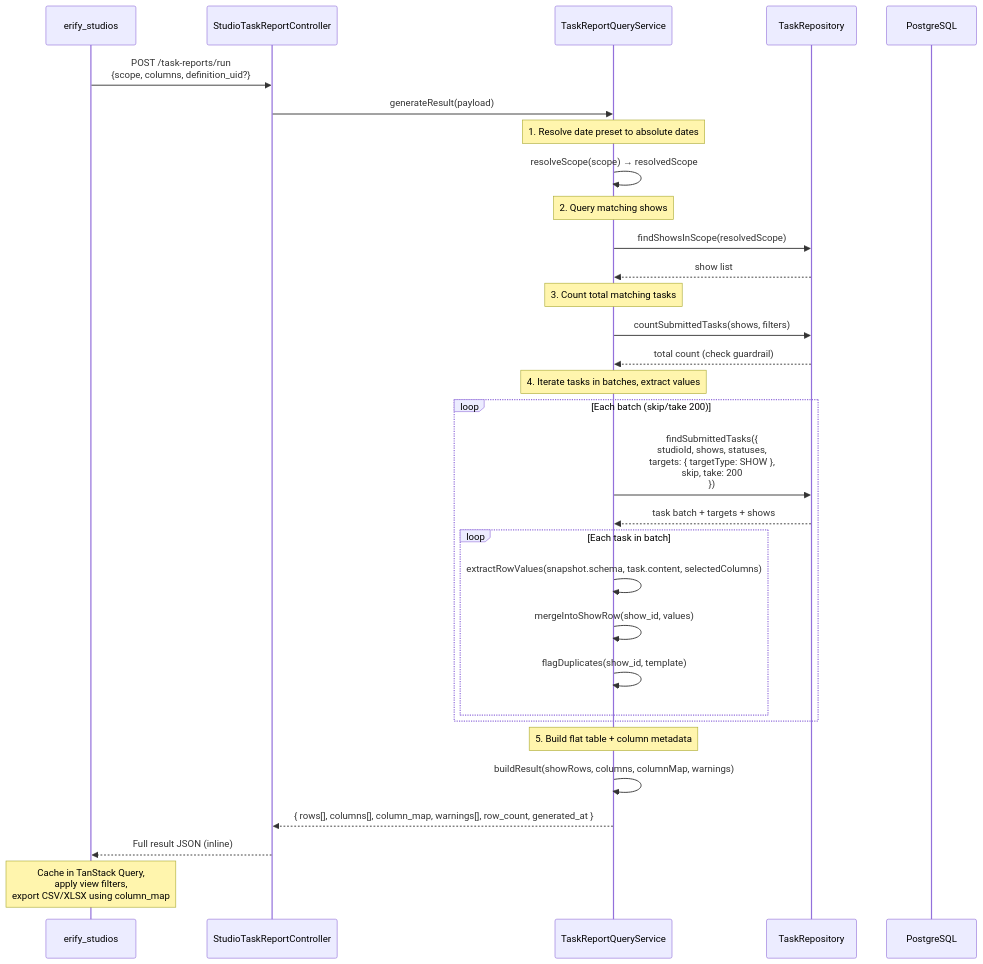
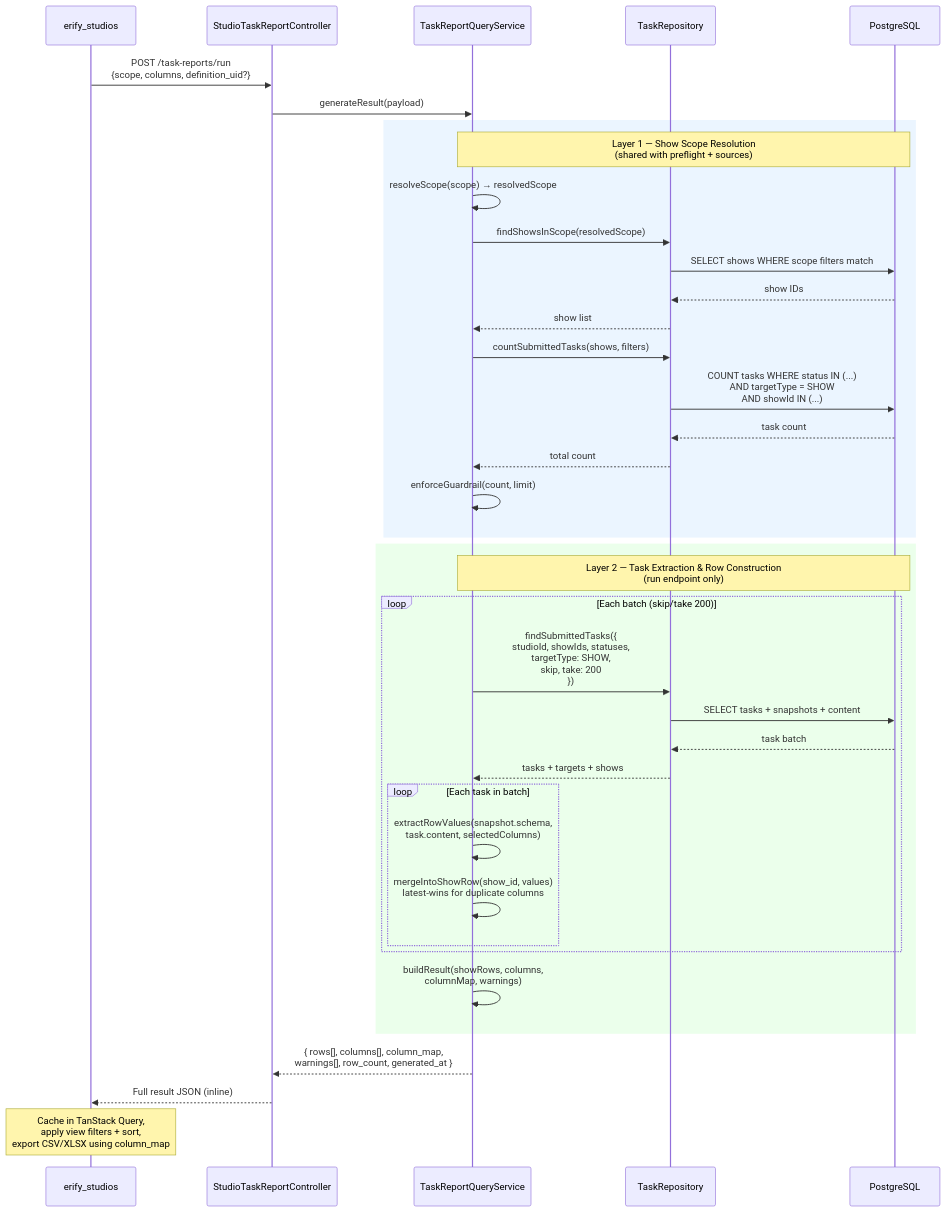
The third of 4 diagrams in apps/erify_api/docs/design/TASK_SUBMISSION_REPORTING_DESIGN.md (allenlin90/eridu-services), drawn with Mermaid before and after one commit. The commit also changed other lines of this file and 2 other files, not shown here.

First line of the commit message:
docs(task-submission-reporting): add shared metrics management and refine design

````diff
--- a/apps/erify_api/docs/design/TASK_SUBMISSION_REPORTING_DESIGN.md
+++ b/apps/erify_api/docs/design/TASK_SUBMISSION_REPORTING_DESIGN.md
@@ -561,41 +727,46 @@
 ```mermaid
 sequenceDiagram
     participant FE as erify_studios
     participant Ctrl as StudioTaskReportController
     participant QS as TaskReportQueryService
     participant Repo as TaskRepository
     participant DB as PostgreSQL
 
     FE->>Ctrl: POST /task-reports/run<br/>{scope, columns, definition_uid?}
     Ctrl->>QS: generateResult(payload)
 
-    Note over QS: 1. Resolve date preset to absolute dates
-    QS->>QS: resolveScope(scope) → resolvedScope
-
-    Note over QS: 2. Query matching shows
-    QS->>Repo: findShowsInScope(resolvedScope)
-    Repo-->>QS: show list
-
-    Note over QS: 3. Count total matching tasks
-    QS->>Repo: countSubmittedTasks(shows, filters)
-    Repo-->>QS: total count (check guardrail)
-
-    Note over QS: 4. Iterate tasks in batches, extract values
-    loop Each batch (skip/take 200)
-        QS->>Repo: findSubmittedTasks({<br/>  studioId, shows, statuses,<br/>  targets: { targetType: SHOW },<br/>  skip, take: 200<br/>})
-        Repo-->>QS: task batch + targets + shows
-
-        loop Each task in batch
-            QS->>QS: extractRowValues(snapshot.schema, task.content, selectedColumns)
-            QS->>QS: mergeIntoShowRow(show_id, values)
-            QS->>QS: flagDuplicates(show_id, template)
-        end
+    rect rgb(235, 245, 255)
+        Note over QS,DB: Layer 1 — Show Scope Resolution<br/>(shared with preflight + sources)
+        QS->>QS: resolveScope(scope) → resolvedScope
+        QS->>Repo: findShowsInScope(resolvedScope)
+        Repo->>DB: SELECT shows WHERE scope filters match
+        DB-->>Repo: show IDs
+        Repo-->>QS: show list
+        QS->>Repo: countSubmittedTasks(shows, filters)
+        Repo->>DB: COUNT tasks WHERE status IN (...)<br/>AND targetType = SHOW<br/>AND showId IN (...)
+        DB-->>Repo: task count
+        Repo-->>QS: total count
+        QS->>QS: enforceGuardrail(count, limit)
     end
 
-    Note over QS: 5. Build flat table + column metadata
-    QS->>QS: buildResult(showRows, columns, columnMap, warnings)
+    rect rgb(235, 255, 235)
+        Note over QS,DB: Layer 2 — Task Extraction & Row Construction<br/>(run endpoint only)
+        loop Each batch (skip/take 200)
+            QS->>Repo: findSubmittedTasks({<br/>  studioId, showIds, statuses,<br/>  targetType: SHOW,<br/>  skip, take: 200<br/>})
+            Repo->>DB: SELECT tasks + snapshots + content
+            DB-->>Repo: task batch
+            Repo-->>QS: tasks + targets + shows
 
-    QS-->>Ctrl: { rows[], columns[], column_map, warnings[], row_count, generated_at }
+            loop Each task in batch
+                QS->>QS: extractRowValues(snapshot.schema,<br/>task.content, selectedColumns)
+                QS->>QS: mergeIntoShowRow(show_id, values)<br/>latest-wins for duplicate columns
+            end
+        end
+
+        QS->>QS: buildResult(showRows, columns,<br/>columnMap, warnings)
+    end
+
+    QS-->>Ctrl: { rows[], columns[], column_map,<br/>warnings[], row_count, generated_at }
     Ctrl-->>FE: Full result JSON (inline)
-    Note over FE: Cache in TanStack Query,<br/>apply view filters,<br/>export CSV/XLSX using column_map
+    Note over FE: Cache in TanStack Query,<br/>apply view filters + sort,<br/>export CSV/XLSX using column_map
 ```
````
